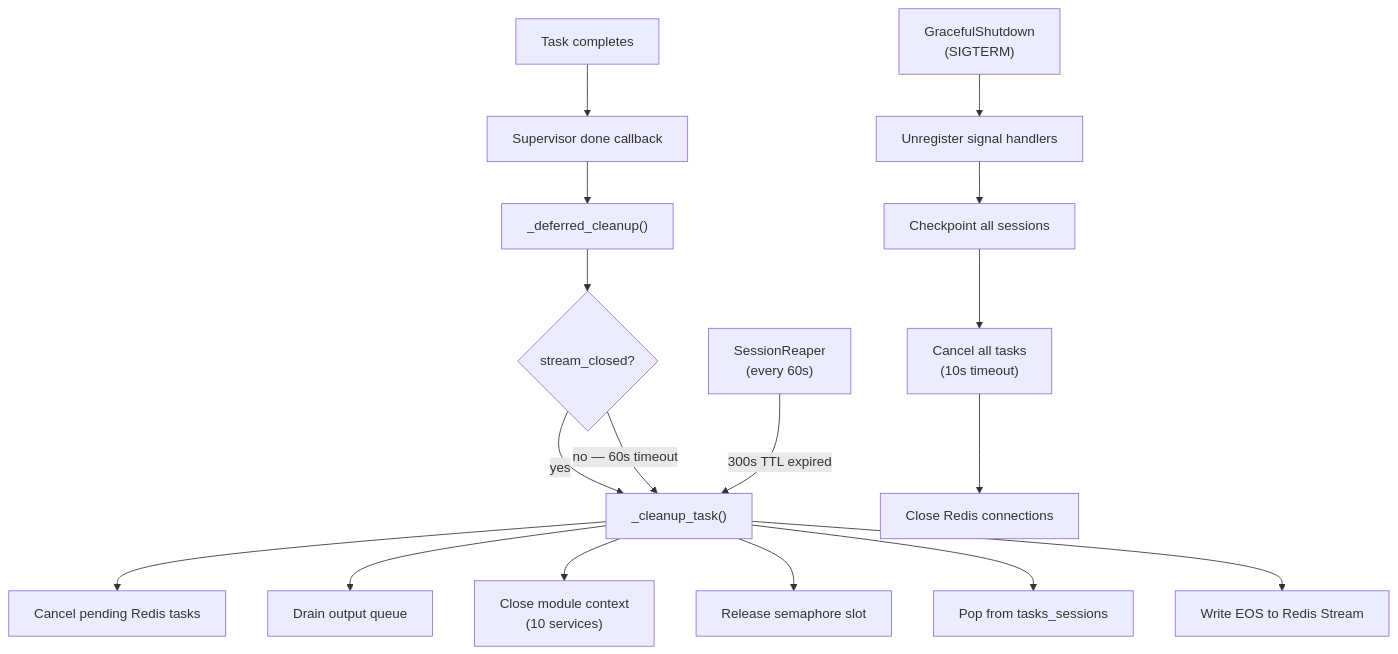
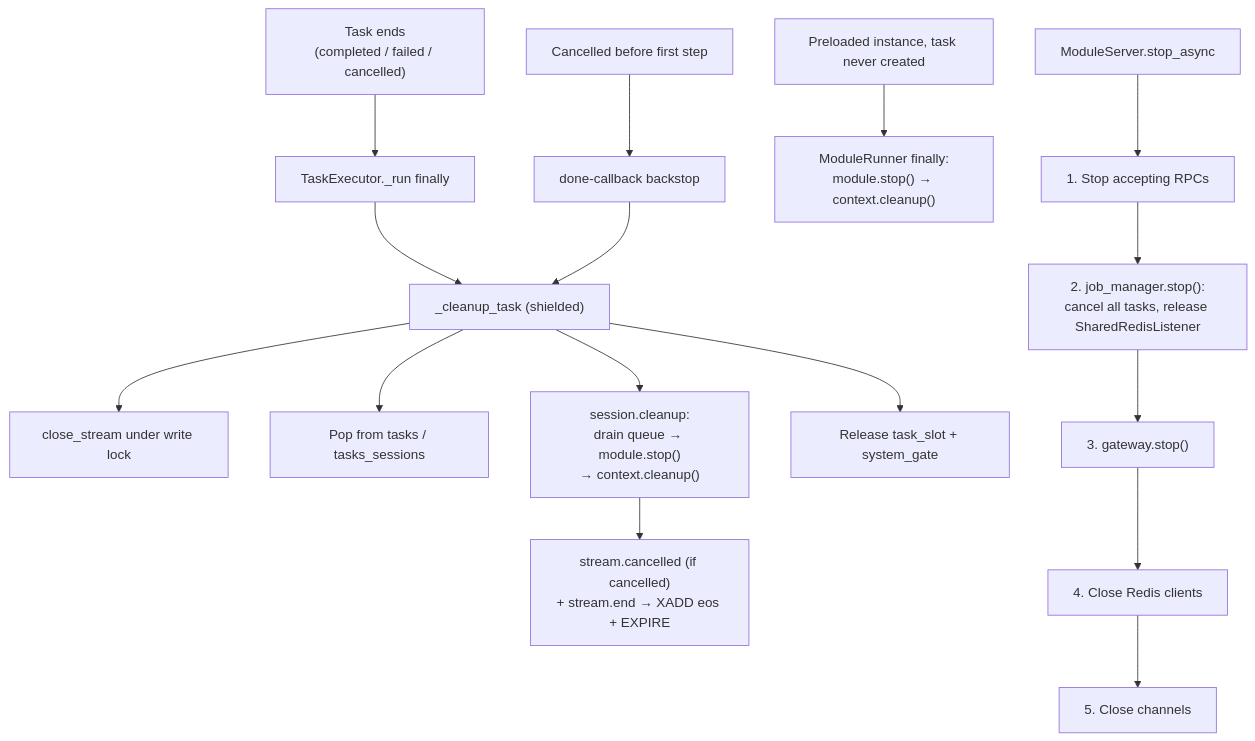
Before and after one commit to DigitalKin-ai/digitalkin: the diagram in docs/diagrams/08-cleanup-chain.mmd, drawn with Mermaid. The commit also changed 141 other files, not shown here.

```diff
--- a/docs/diagrams/08-cleanup-chain.mmd
+++ b/docs/diagrams/08-cleanup-chain.mmd
@@ -1,19 +1,18 @@
 flowchart TD
-    A["Task completes"] --> B["Supervisor done callback"]
-    B --> C["_deferred_cleanup()"]
-    C --> D{"stream_closed?"}
-    D -->|yes| E["_cleanup_task()"]
-    D -->|"no — 60s timeout"| E
-    E --> F["Cancel pending Redis tasks"]
-    E --> G["Drain output queue"]
-    E --> H["Close module context\n(10 services)"]
-    E --> I["Release semaphore slot"]
-    E --> J["Pop from tasks_sessions"]
-    E --> K["Write EOS to Redis Stream"]
+    A["Task ends\n(completed / failed / cancelled)"] --> B["TaskExecutor._run finally"]
+    A2["Cancelled before first step"] --> B2["done-callback backstop"]
+    B --> C["_cleanup_task (shielded)"]
+    B2 --> C
+    C --> D["close_stream under write lock"]
+    C --> E["Pop from tasks / tasks_sessions"]
+    C --> F["session.cleanup:\ndrain queue → module.stop()\n→ context.cleanup()"]
+    F --> G["stream.cancelled (if cancelled)\n+ stream.end → XADD eos + EXPIRE"]
+    C --> H["Release task_slot + system_gate"]
 
-    L["SessionReaper\n(every 60s)"] -->|"300s TTL expired"| E
+    P["Preloaded instance, task never created"] --> Q["ModuleRunner finally:\nmodule.stop() → context.cleanup()"]
 
-    M["GracefulShutdown\n(SIGTERM)"] --> N["Unregister signal handlers"]
-    N --> O["Checkpoint all sessions"]
-    O --> P["Cancel all tasks\n(10s timeout)"]
-    P --> Q["Close Redis connections"]
+    M["ModuleServer.stop_async"] --> N["1. Stop accepting RPCs"]
+    N --> O["2. job_manager.stop():\ncancel all tasks, release SharedRedisListener"]
+    O --> R["3. gateway.stop()"]
+    R --> S["4. Close Redis clients"]
+    S --> T["5. Close channels"]
```
